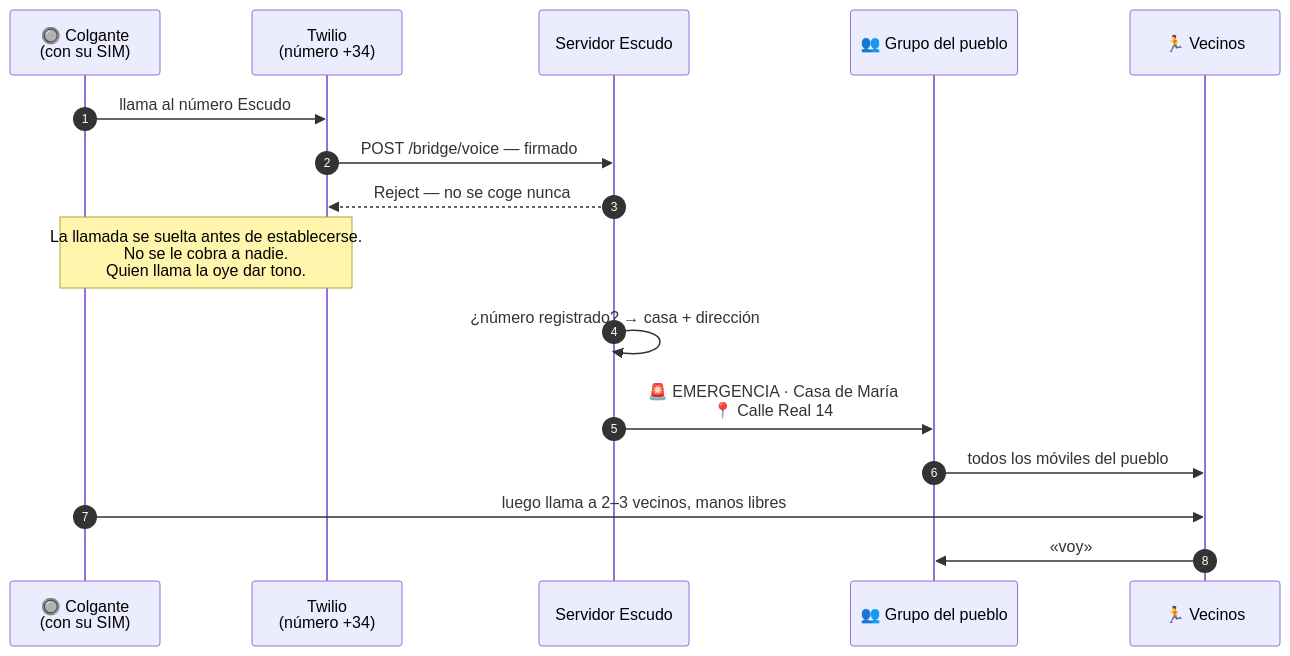
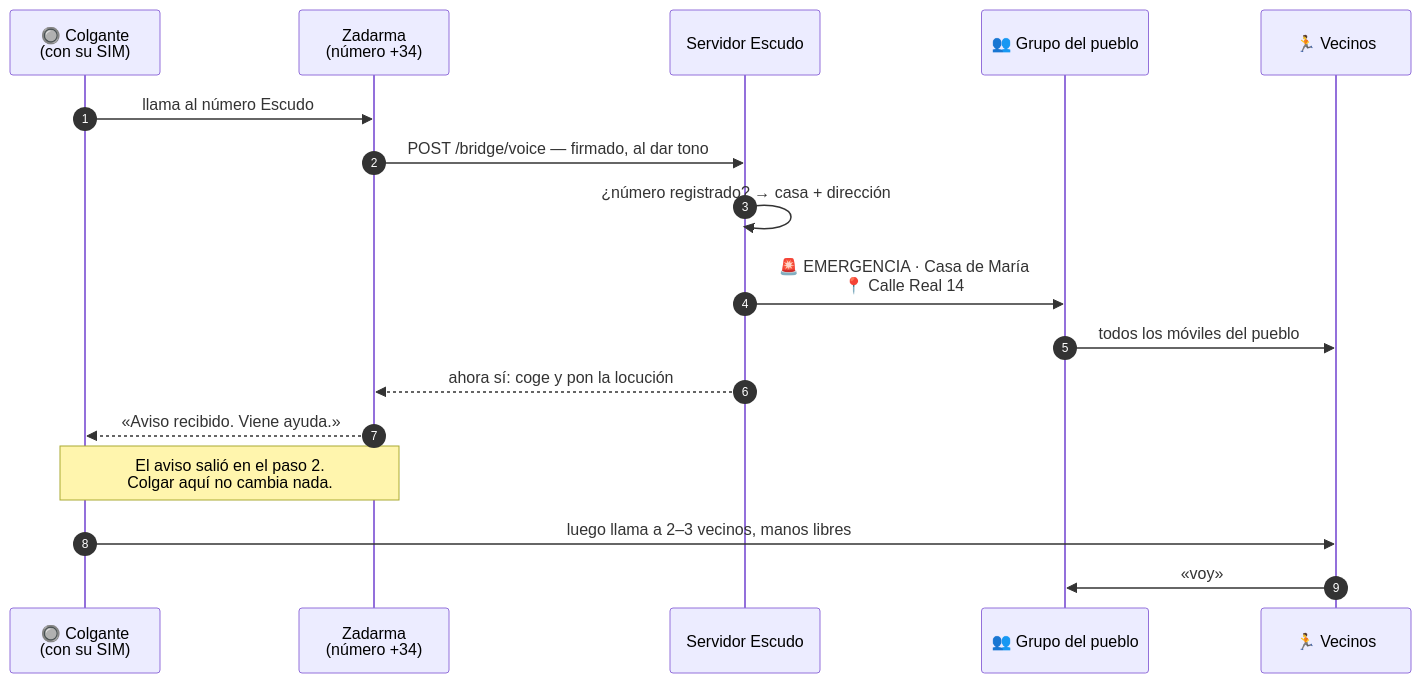
Before and after one commit to jpincas/escudo: the diagram in website/content/es/tecnologia/dispositivos/el-numero-escudo.md, drawn with Mermaid. The commit also changed other lines of this file and 18 other files, not shown here.

````diff
--- a/website/content/es/tecnologia/dispositivos/el-numero-escudo.md
+++ b/website/content/es/tecnologia/dispositivos/el-numero-escudo.md
@@ -32,19 +43,20 @@
 ```mermaid
 sequenceDiagram
   autonumber
   participant D as 🔘 Colgante<br/>(con su SIM)
-  participant T as Twilio<br/>(número +34)
+  participant T as Zadarma<br/>(número +34)
   participant S as Servidor Escudo
   participant G as 👥 Grupo del pueblo
   participant N as 🏃 Vecinos
 
   D->>T: llama al número Escudo
-  T->>S: POST /bridge/voice — firmado
-  S-->>T: Reject — no se coge nunca
-  Note over D,T: La llamada se suelta antes de establecerse.<br/>No se le cobra a nadie.<br/>Quien llama la oye dar tono.
+  T->>S: POST /bridge/voice — firmado, al dar tono
   S->>S: ¿número registrado? → casa + dirección
   S->>G: 🚨 EMERGENCIA · Casa de María<br/>📍 Calle Real 14
   G->>N: todos los móviles del pueblo
+  S-->>T: ahora sí: coge y pon la locución
+  T-->>D: «Aviso recibido. Viene ayuda.»
+  Note over D,T: El aviso salió en el paso 2.<br/>Colgar aquí no cambia nada.
   D->>N: luego llama a 2–3 vecinos, manos libres
   N->>G: «voy»
 ```
````
